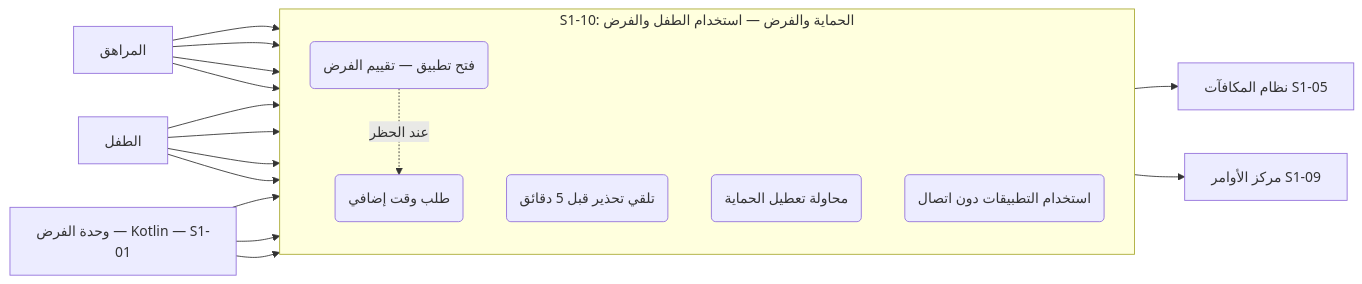
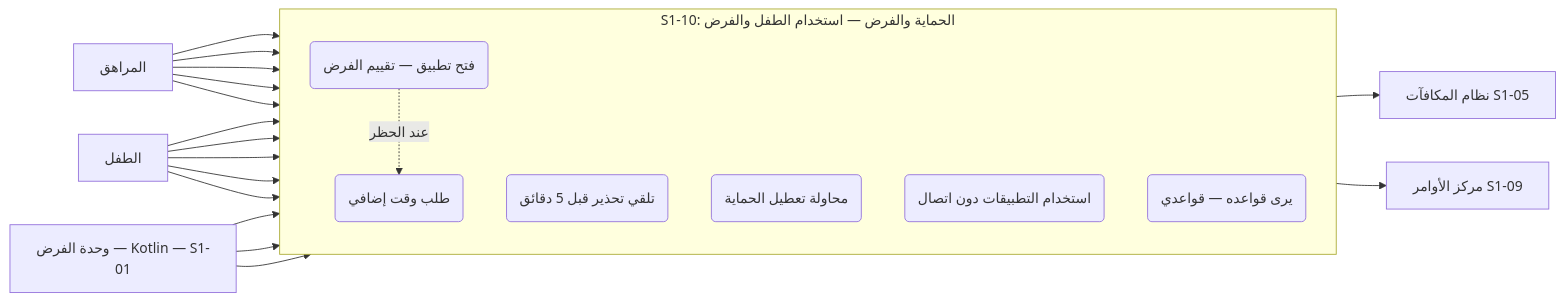
One commit to Bassam-mohammed-alqaeadi/family-os-v2 changed the second of 49 diagrams in docs/family-os/governance/phases/phase-1/S1-10-protection-and-enforcement/DIAGRAMS.md. Above: the diagram before and after it, drawn with Mermaid. The commit also changed other lines of this file, not shown here.

Commit message:
Q-440: S1-10 — «قواعدي» وتذكير العبث والبطاقة الثالثة وإزالة الاقتباس

````diff
--- a/docs/family-os/governance/phases/phase-1/S1-10-protection-and-enforcement/DIAGRAMS.md
+++ b/docs/family-os/governance/phases/phase-1/S1-10-protection-and-enforcement/DIAGRAMS.md
@@ -93,32 +93,35 @@
 ```mermaid
 flowchart LR
     Teen[المراهق]
     Child[الطفل]
     Kotlin[وحدة الفرض — Kotlin — S1-01]
     S105[نظام المكافآت S1-05]
     S109[مركز الأوامر S1-09]
 
     subgraph S110 [S1-10: الحماية والفرض — استخدام الطفل والفرض]
         direction TB
         UC6(فتح تطبيق — تقييم الفرض)
         UC7(طلب وقت إضافي)
         UC8(تلقي تحذير قبل 5 دقائق)
         UC9(محاولة تعطيل الحماية)
         UC10(استخدام التطبيقات دون اتصال)
+        UC22(يرى قواعده — قواعدي)
     end
 
     Teen --> UC6
     Teen --> UC7
     Teen --> UC8
     Teen --> UC10
+    Teen --> UC22
     Child --> UC6
     Child --> UC7
     Child --> UC8
     Child --> UC10
+    Child --> UC22
     Kotlin --> UC6
     Kotlin --> UC9
     Kotlin --> UC10
     UC6 -.->|عند الحظر| UC7
     UC7 --> S105
     UC9 --> S109
 ```
````
